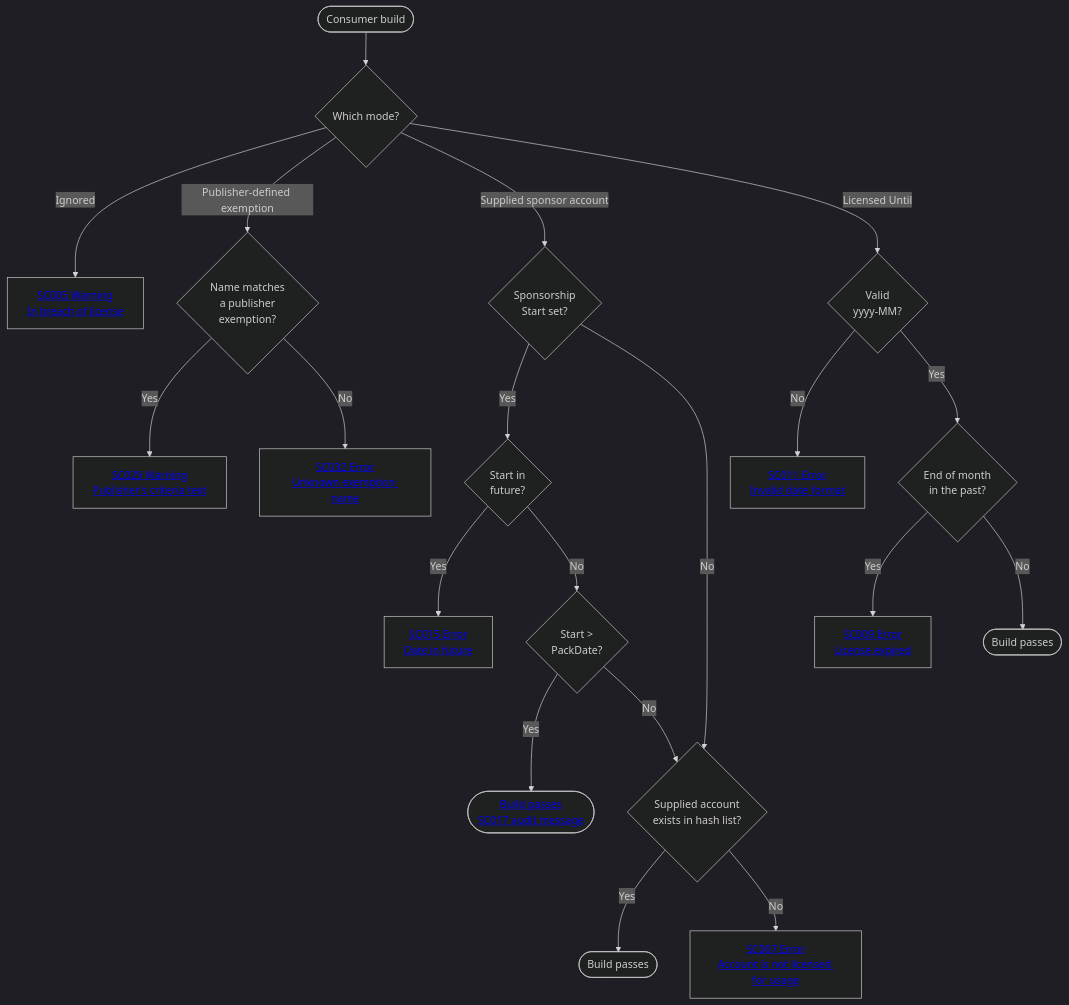
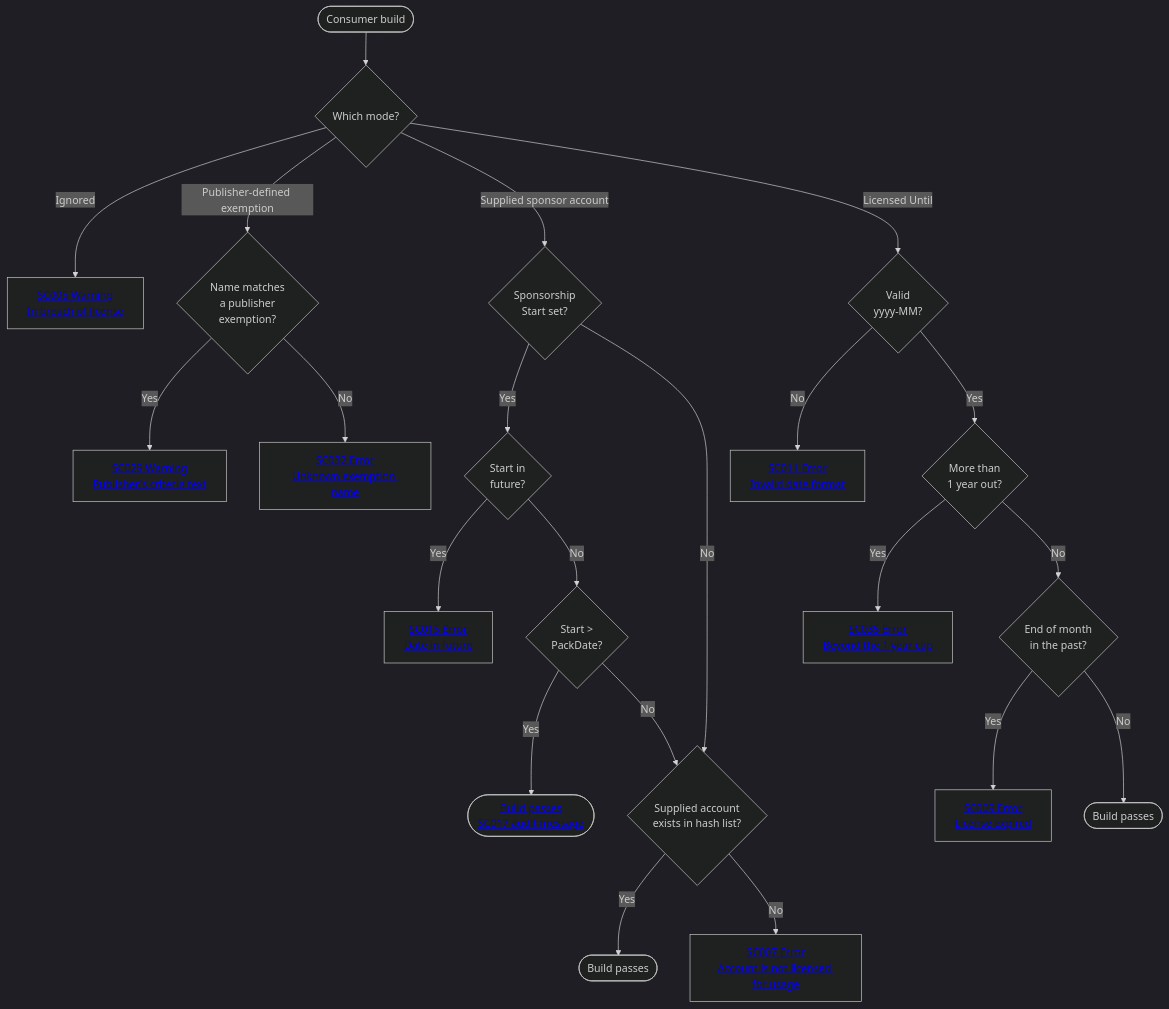
The diagram in docs/VerifierDiagnosticCodes.md (SimonCropp/SponsorCheck), drawn with Mermaid (dark theme) before and after one commit. The commit also changed other lines of this file and 16 other files, not shown here.

First line of the commit message:
Cap SponsorshipLicensedUntil at 1 year out (#25)

````diff
--- a/docs/VerifierDiagnosticCodes.md
+++ b/docs/VerifierDiagnosticCodes.md
@@ -14,27 +14,29 @@
 ```mermaid
 flowchart TD
     Start([Consumer build]) --> Which{Which mode?}
 
     Which -->|Ignored| SC005[<a href='https://github.com/SimonCropp/SponsorCheck/blob/main/docs/VerifierDiagnosticCodes.md#sc005'>SC005 Warning<br/>In breach of license</a>]
 
     Which -->|Publisher-defined exemption| KnownName{Name matches<br/>a publisher<br/>exemption?}
     KnownName -->|Yes| SC029[<a href='https://github.com/SimonCropp/SponsorCheck/blob/main/docs/VerifierDiagnosticCodes.md#sc029'>SC029 Warning<br/>Publisher's criteria text</a>]
     KnownName -->|No| SC032[<a href='https://github.com/SimonCropp/SponsorCheck/blob/main/docs/VerifierDiagnosticCodes.md#sc032'>SC032 Error<br/>Unknown exemption name</a>]
 
     Which -->|Supplied sponsor account| HasStart{Sponsorship<br/>Start set?}
     HasStart -->|Yes| Future{Start in<br/>future?}
     Future -->|Yes| SC015[<a href='https://github.com/SimonCropp/SponsorCheck/blob/main/docs/VerifierDiagnosticCodes.md#sc015'>SC015 Error<br/>Date in future</a>]
     Future -->|No| AfterPack{Start &gt;<br/>PackDate?}
     AfterPack -->|Yes| PassAttest([<a href='https://github.com/SimonCropp/SponsorCheck/blob/main/docs/VerifierDiagnosticCodes.md#sc017'>Build passes<br/>SC017 audit message</a>])
     AfterPack -->|No| Match
     HasStart -->|No| Match
     Match{Supplied account<br/>exists in hash list?}
     Match -->|Yes| PassSponsor([Build passes])
     Match -->|No| SC007[<a href='https://github.com/SimonCropp/SponsorCheck/blob/main/docs/VerifierDiagnosticCodes.md#sc007'>SC007 Error<br/>Account is not licensed for usage</a>]
 
     Which -->|Licensed Until| ParseYM{Valid<br/>yyyy-MM?}
     ParseYM -->|No| SC011[<a href='https://github.com/SimonCropp/SponsorCheck/blob/main/docs/VerifierDiagnosticCodes.md#sc011'>SC011 Error<br/>Invalid date format</a>]
-    ParseYM -->|Yes| Expired{End of month<br/>in the past?}
+    ParseYM -->|Yes| TooFar{More than<br/>1 year out?}
+    TooFar -->|Yes| SC035[<a href='https://github.com/SimonCropp/SponsorCheck/blob/main/docs/VerifierDiagnosticCodes.md#sc035'>SC035 Error<br/>Beyond the 1 year cap</a>]
+    TooFar -->|No| Expired{End of month<br/>in the past?}
     Expired -->|Yes| SC009[<a href='https://github.com/SimonCropp/SponsorCheck/blob/main/docs/VerifierDiagnosticCodes.md#sc009'>SC009 Error<br/>License expired</a>]
     Expired -->|No| PassLicense([Build passes])
 ```
````
